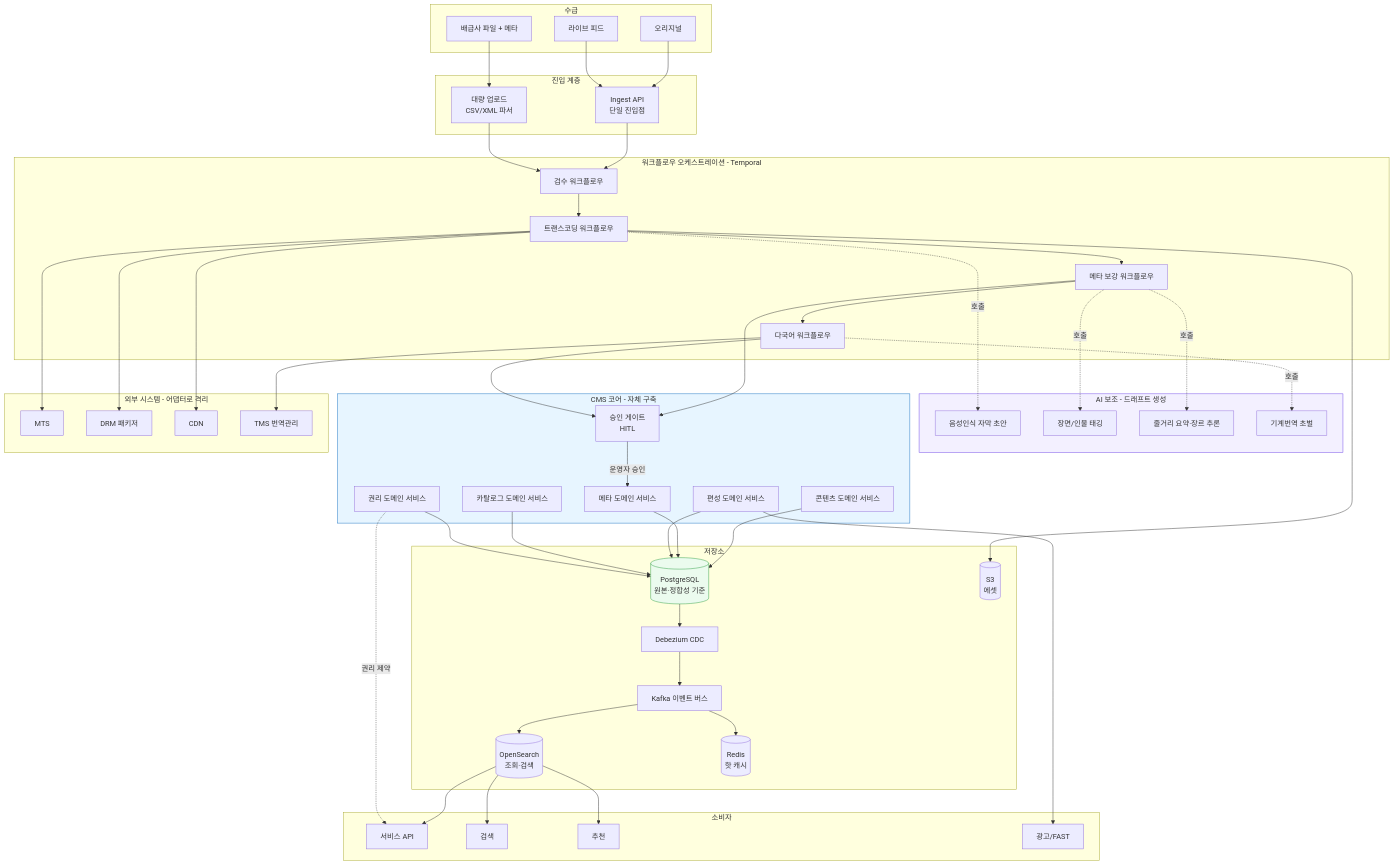
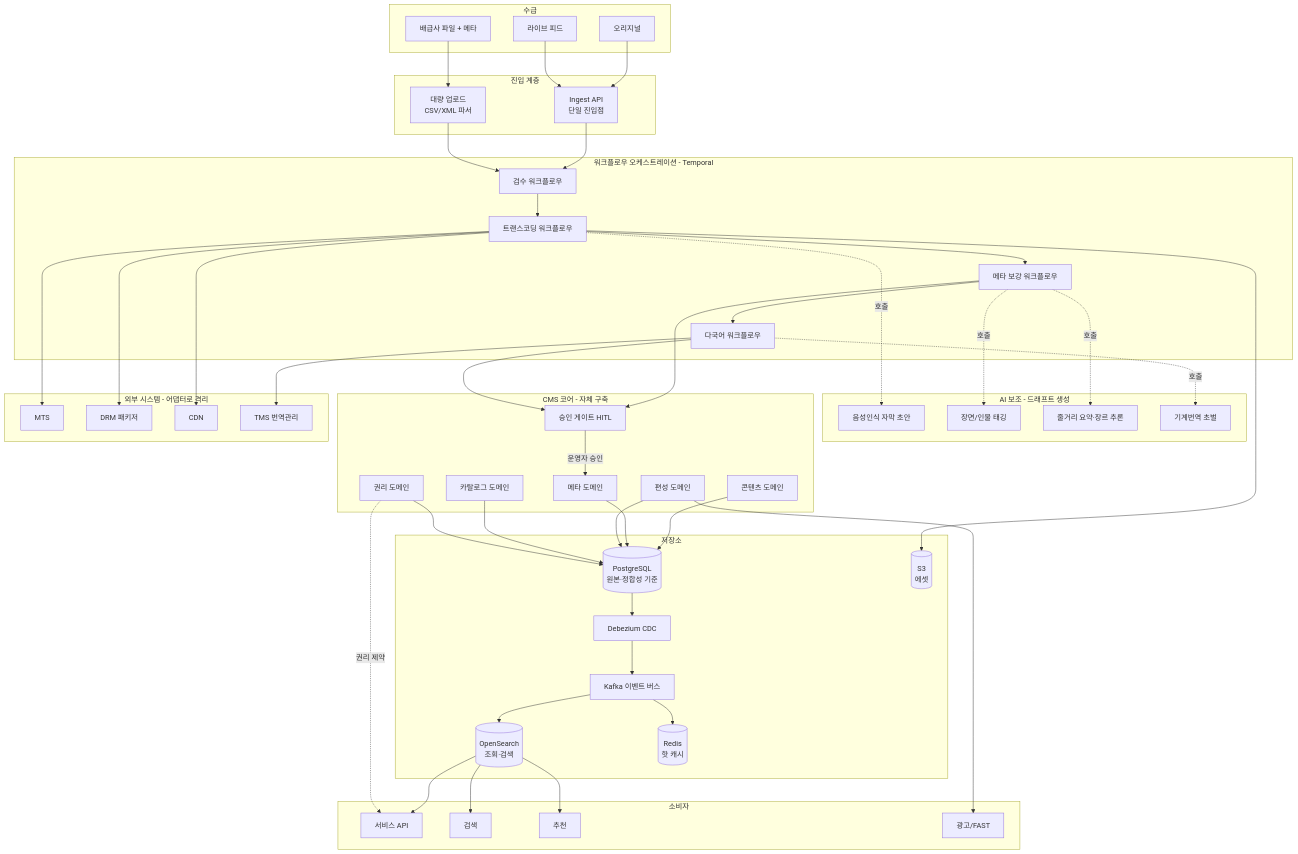
Before and after one commit to withwooyong/withwooyong.github.io: the second of 20 diagrams in pages/product-lead-loadmap/01_CMS.md, drawn with Mermaid. The commit also changed other lines of this file and 16 other files, not shown here.

````diff
--- a/pages/product-lead-loadmap/01_CMS.md
+++ b/pages/product-lead-loadmap/01_CMS.md
@@ -253,5 +130,5 @@
 ```mermaid
-flowchart TB
+flowchart TD
     subgraph SRC["수급"]
         S1["배급사 파일 + 메타"]
         S2["오리지널"]
@@ -278,12 +155,12 @@
     end
 
     subgraph CORE["CMS 코어 - 자체 구축"]
-        C1["콘텐츠 도메인 서비스"]
-        C2["메타 도메인 서비스"]
-        C3["편성 도메인 서비스"]
-        C4["카탈로그 도메인 서비스"]
-        C5["권리 도메인 서비스"]
-        C6["승인 게이트<br/>HITL"]
+        C1["콘텐츠 도메인"]
+        C2["메타 도메인"]
+        C3["편성 도메인"]
+        C4["카탈로그 도메인"]
+        C5["권리 도메인"]
+        C6["승인 게이트 HITL"]
     end
 
     subgraph DATA["저장소"]
@@ -345,8 +222,4 @@
     D4 --> U3
     C3 --> U4
     C5 -.권리 제약.-> U1
-
-    style CORE fill:#e7f5ff,stroke:#1971c2
-    style AI fill:#f3f0ff,stroke:#7048e8
-    style D1 fill:#ebfbee,stroke:#2f9e44
 ```
````
